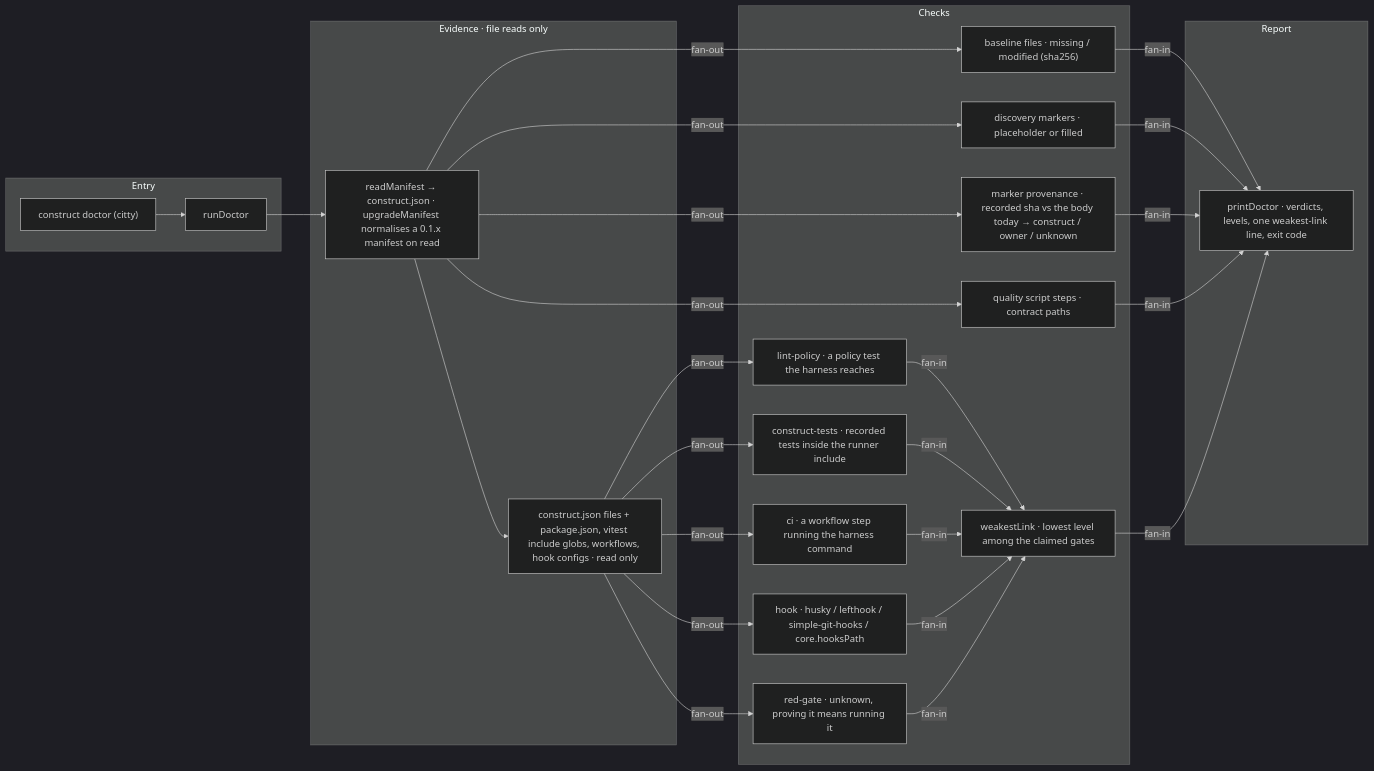
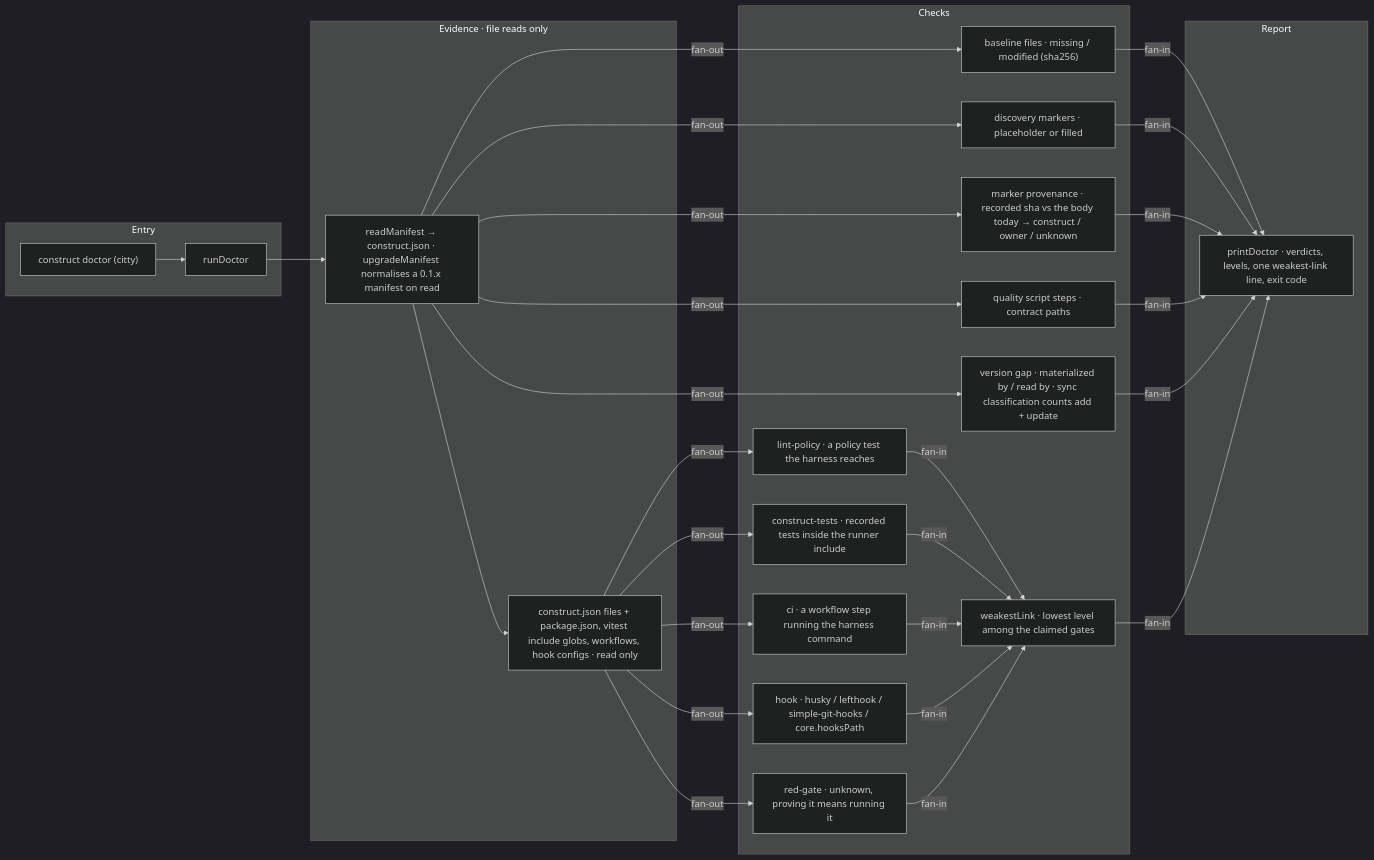
One commit to E1i/mikoshi-construct changed the diagram in architecture/doctor.md. Above: the diagram before and after it, drawn with Mermaid (dark theme). The commit also changed other lines of this file and 9 other files, not shown here.

````diff
--- a/architecture/doctor.md
+++ b/architecture/doctor.md
@@ -10,48 +10,51 @@
 ```mermaid
 flowchart LR
   subgraph b_entry["Entry"]
     cli["construct doctor (citty)"]
     run["runDoctor"]
   end
   subgraph b_evidence["Evidence · file reads only"]
     manifest["readManifest → construct.json · upgradeManifest normalises a 0.1.x manifest on read"]
     evidence["construct.json files + package.json, vitest include globs, workflows, hook configs · read only"]
   end
   subgraph b_checks["Checks"]
     files["baseline files · missing / modified (sha256)"]
     markers["discovery markers · placeholder or filled"]
     provenance["marker provenance · recorded sha vs the body today → construct / owner / unknown"]
     harness["quality script steps · contract paths"]
+    versionGap["version gap · materialized by / read by · sync classification counts add + update"]
     lintPolicy["lint-policy · a policy test the harness reaches"]
     constructTests["construct-tests · recorded tests inside the runner include"]
     ci["ci · a workflow step running the harness command"]
     hook["hook · husky / lefthook / simple-git-hooks / core.hooksPath"]
     redGate["red-gate · unknown, proving it means running it"]
     weakest["weakestLink · lowest level among the claimed gates"]
   end
   subgraph b_report["Report"]
     print["printDoctor · verdicts, levels, one weakest-link line, exit code"]
   end
   cli --> run
   run --> manifest
   manifest --> evidence
   manifest -->|"fan-out"| files
   manifest -->|"fan-out"| markers
   manifest -->|"fan-out"| provenance
   manifest -->|"fan-out"| harness
+  manifest -->|"fan-out"| versionGap
   evidence -->|"fan-out"| lintPolicy
   evidence -->|"fan-out"| constructTests
   evidence -->|"fan-out"| ci
   evidence -->|"fan-out"| hook
   evidence -->|"fan-out"| redGate
   lintPolicy -->|"fan-in"| weakest
   constructTests -->|"fan-in"| weakest
   ci -->|"fan-in"| weakest
   hook -->|"fan-in"| weakest
   redGate -->|"fan-in"| weakest
   files -->|"fan-in"| print
   markers -->|"fan-in"| print
   provenance -->|"fan-in"| print
   harness -->|"fan-in"| print
+  versionGap -->|"fan-in"| print
   weakest -->|"fan-in"| print
 ```
````
